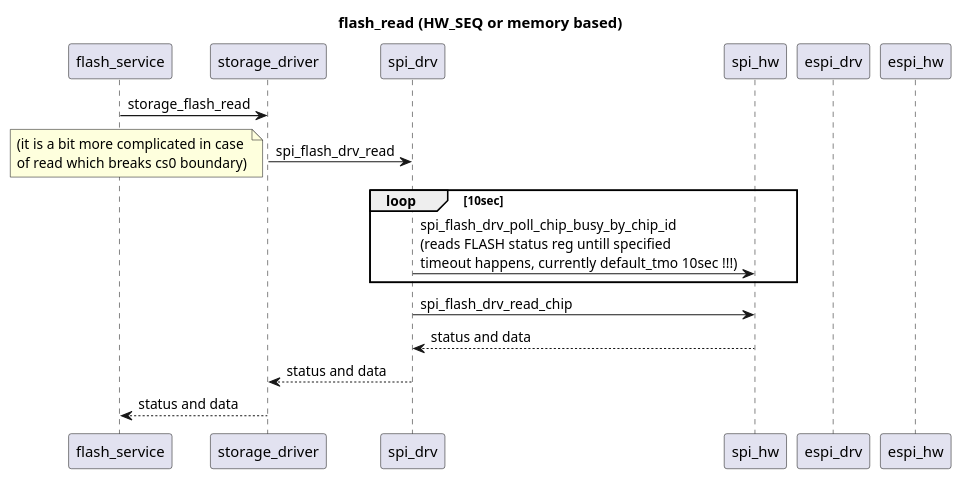
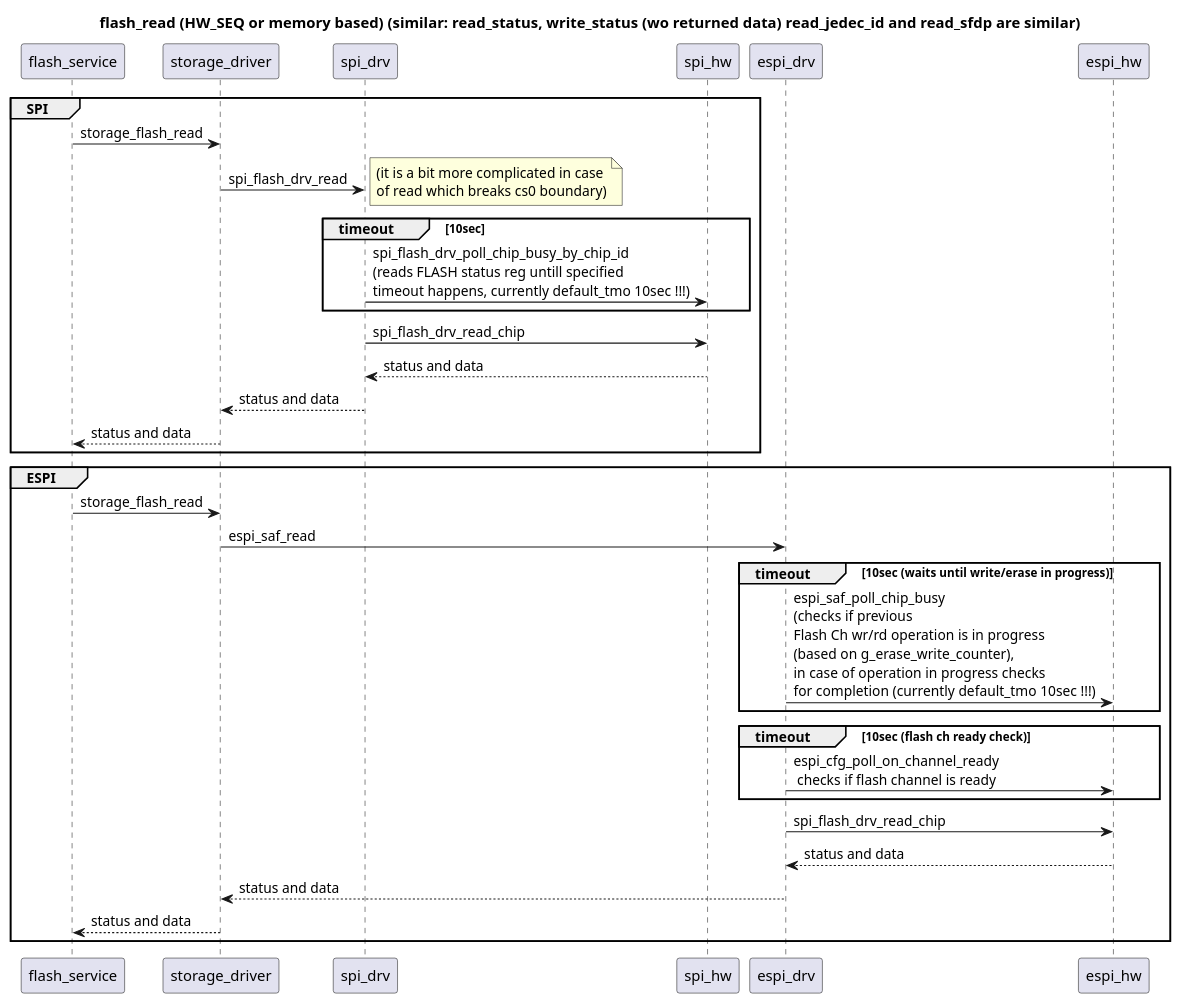
Before and after one commit to lgolawsk/plant: the second of 5 diagrams in spi_espi_paranoia.wsd, drawn with PlantUML. The commit also changed other lines of this file, not shown here.

```diff
--- a/spi_espi_paranoia.wsd
+++ b/spi_espi_paranoia.wsd
@@ -36,21 +39,36 @@
 @startuml flash_read
-title flash_read (HW_SEQ or memory based)
+title flash_read (HW_SEQ or memory based) (similar: read_status, write_status (wo returned data) read_jedec_id and read_sfdp are similar)
 participant flash_service as fs
 participant storage_driver as st_d
 participant spi_drv as sp_d
 participant spi_hw as sp_hw
 participant espi_drv as es_d
 participant espi_hw as es_hw
-
+group SPI
 fs -> st_d : storage_flash_read
 st_d -> sp_d : spi_flash_drv_read
 'st_d -> sp_d : espi_saf_read
-loop 10sec
-note left : (it is a bit more complicated in case \nof read which breaks cs0 boundary)
+group timeout [10sec]
+note right : (it is a bit more complicated in case \nof read which breaks cs0 boundary)
 sp_d -> sp_hw : spi_flash_drv_poll_chip_busy_by_chip_id \n(reads FLASH status reg untill specified \ntimeout happens, currently default_tmo 10sec !!!)
 end
 sp_d -> sp_hw : spi_flash_drv_read_chip
 sp_d <-- sp_hw : status and data
 st_d <-- sp_d : status and data
 fs <-- st_d : status and data
+end
+group ESPI
+fs -> st_d : storage_flash_read
+st_d -> es_d : espi_saf_read
+group timeout [10sec (waits until write/erase in progress)]
+es_d -> es_hw : espi_saf_poll_chip_busy \n(checks if previous \nFlash Ch wr/rd operation is in progress \n(based on g_erase_write_counter), \nin case of operation in progress checks \nfor completion (currently default_tmo 10sec !!!)
+end
+group timeout [10sec (flash ch ready check)]
+es_d -> es_hw : espi_cfg_poll_on_channel_ready \n checks if flash channel is ready
+end
+es_d -> es_hw : spi_flash_drv_read_chip
+es_d <-- es_hw : status and data
+st_d <-- es_d : status and data
+fs <-- st_d : status and data
+end
 @enduml
```
